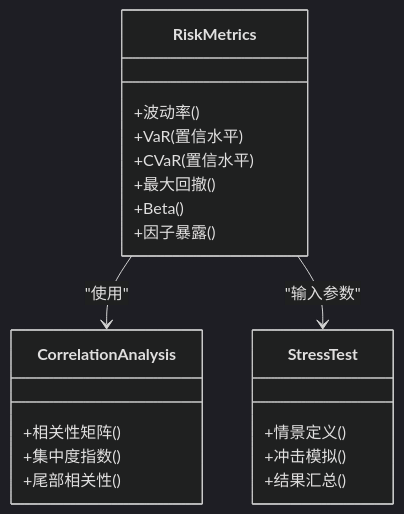
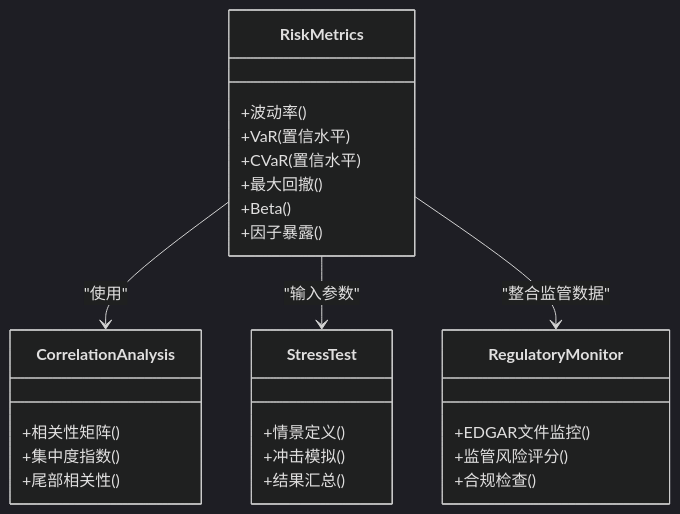
One commit to Ted-Engineer/ai-berkshire changed the fourth of 10 diagrams in .qoder/repowiki/zh/content/AI技能系统/核心投资研究技能/投资组合审查技能.md. Above: the diagram before and after it, drawn with Mermaid (dark theme). The commit also changed other lines of this file and 76 other files, not shown here.

````diff
--- a/.qoder/repowiki/zh/content/AI技能系统/核心投资研究技能/投资组合审查技能.md
+++ b/.qoder/repowiki/zh/content/AI技能系统/核心投资研究技能/投资组合审查技能.md
@@ -154,23 +169,29 @@
 ```mermaid
 classDiagram
 class RiskMetrics {
 +波动率()
 +VaR(置信水平)
 +CVaR(置信水平)
 +最大回撤()
 +Beta()
 +因子暴露()
 }
 class CorrelationAnalysis {
 +相关性矩阵()
 +集中度指数()
 +尾部相关性()
 }
 class StressTest {
 +情景定义()
 +冲击模拟()
 +结果汇总()
 }
+class RegulatoryMonitor {
++EDGAR文件监控()
++监管风险评分()
++合规检查()
+}
 RiskMetrics --> CorrelationAnalysis : "使用"
 RiskMetrics --> StressTest : "输入参数"
+RiskMetrics --> RegulatoryMonitor : "整合监管数据"
 ```
````
